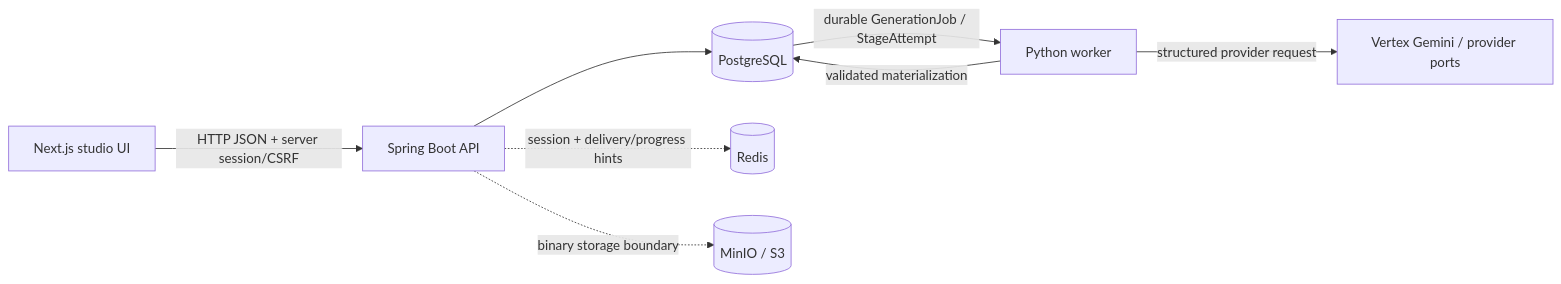
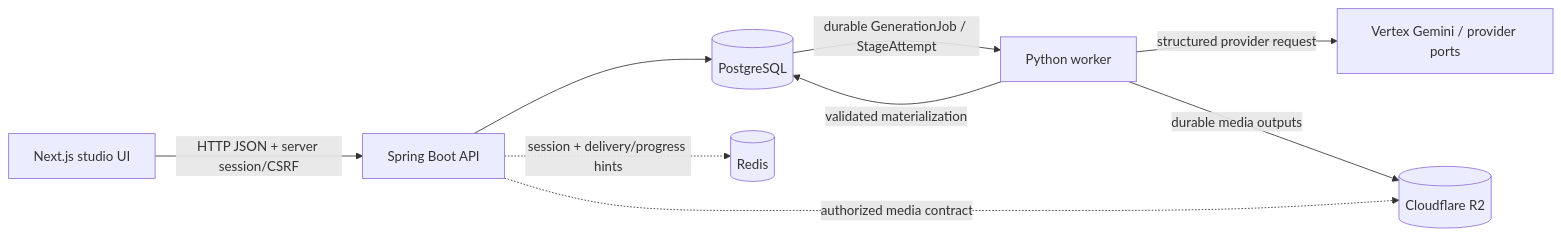
The diagram in documentation/codebase/CODEBASE_MAP.md (huongni2201/NarrativeX), drawn with Mermaid before and after one commit. The commit also changed other lines of this file and 22 other files, not shown here.

Commit message:
chore(storage): remove MinIO and standardize on Cloudflare R2

````diff
--- a/documentation/codebase/CODEBASE_MAP.md
+++ b/documentation/codebase/CODEBASE_MAP.md
@@ -22,10 +22,11 @@
 ```mermaid
 flowchart LR
   FE[Next.js studio UI] -->|HTTP JSON + server session/CSRF| BE[Spring Boot API]
   BE --> PG[(PostgreSQL)]
   BE -. session + delivery/progress hints .-> R[(Redis)]
-  BE -. binary storage boundary .-> S[(MinIO / S3)]
+  BE -. authorized media contract .-> S[(Cloudflare R2)]
   PG -->|durable GenerationJob / StageAttempt| W[Python worker]
   W -->|structured provider request| P[Vertex Gemini / provider ports]
+  W -->|durable media outputs| S
   W -->|validated materialization| PG
 ```
````
